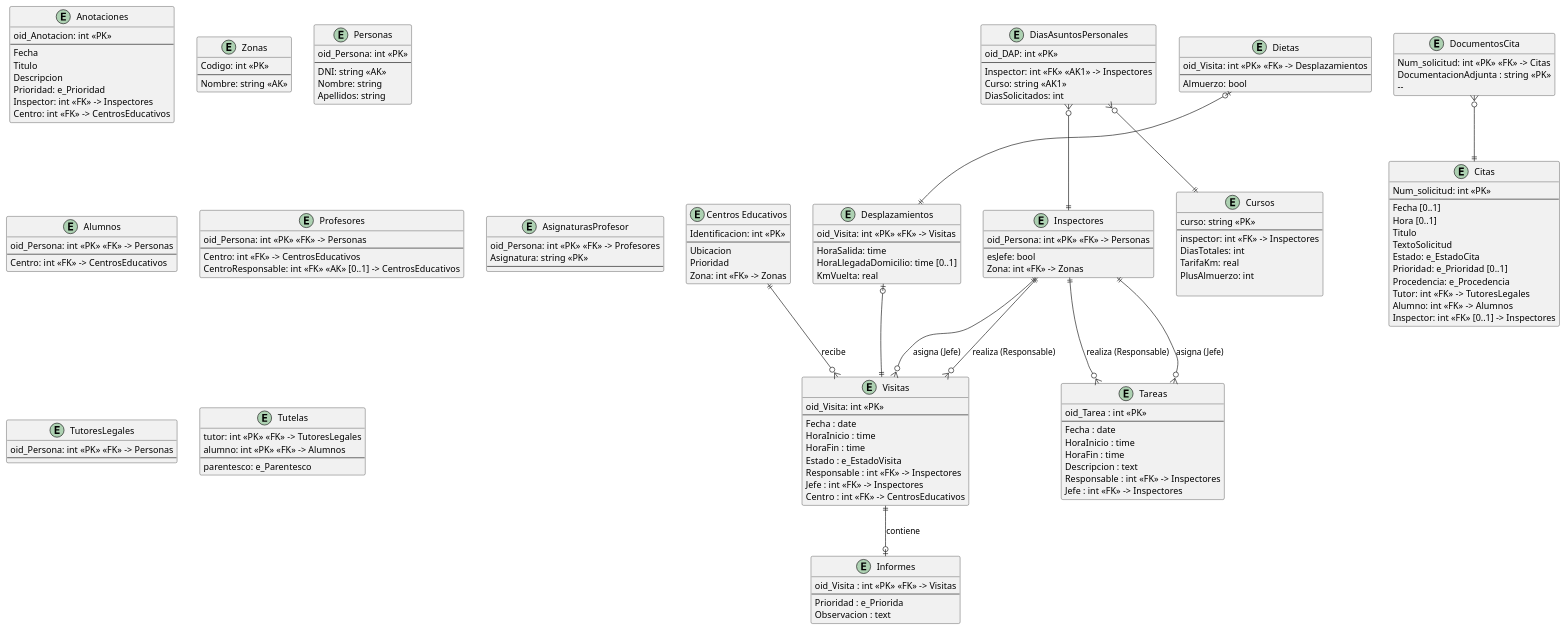
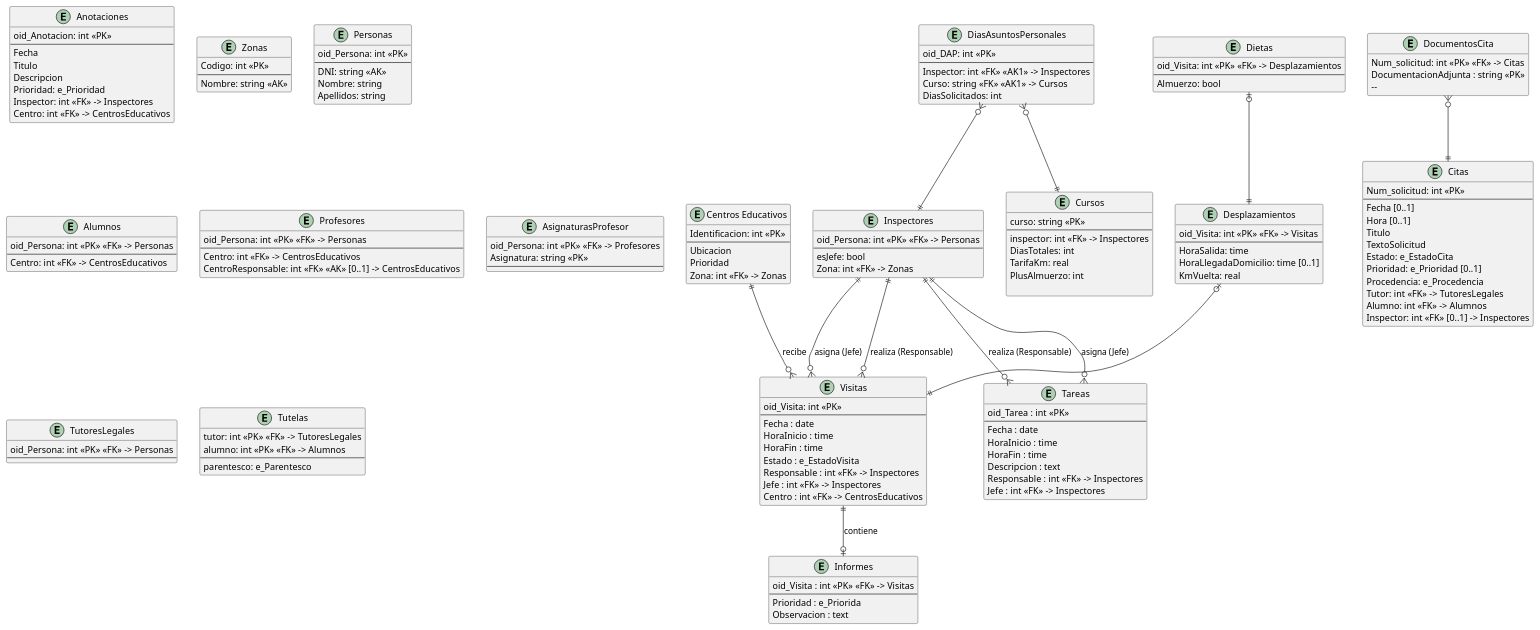
Before and after one commit to lorenzomaranon/ProyectoBD_Inspeccion_Educativa: the diagram in modelado/modelado_relacional.puml, drawn with PlantUML.

Commit message:
Señala curso como FK

```diff
--- a/modelado/modelado_relacional.puml
+++ b/modelado/modelado_relacional.puml
@@ -1,177 +1,177 @@
 @startuml modelado_relacional
 hide methods
 skinparam ClassAttributeIconSize 0
 
 
 entity "Centros Educativos" as CentrosEducativos {
     Identificacion: int <<PK>>
     --
     Ubicacion
     Prioridad
     Zona: int <<FK>> -> Zonas
 }
 
 entity DocumentosCita {
     Num_solicitud: int <<PK>> <<FK>> -> Citas
     DocumentacionAdjunta : string <<PK>>
     --   
 }
 
 entity Citas {
     Num_solicitud: int <<PK>> 
     --
     Fecha [0..1]
     Hora [0..1]
     Titulo
     TextoSolicitud
     Estado: e_EstadoCita
     Prioridad: e_Prioridad [0..1]
     Procedencia: e_Procedencia
     Tutor: int <<FK>> -> TutoresLegales
     Alumno: int <<FK>> -> Alumnos
     Inspector: int <<FK>> [0..1] -> Inspectores
 }
 
 entity Anotaciones {
     oid_Anotacion: int <<PK>>
     --
     Fecha
     Titulo
     Descripcion
     Prioridad: e_Prioridad
     Inspector: int <<FK>> -> Inspectores
     Centro: int <<FK>> -> CentrosEducativos
 }
 
 entity Visitas {
     oid_Visita: int <<PK>>
     --
     Fecha : date
     HoraInicio : time
     HoraFin : time
     Estado : e_EstadoVisita
     Responsable : int <<FK>> -> Inspectores
     Jefe : int <<FK>> -> Inspectores
     Centro : int <<FK>> -> CentrosEducativos
 }
 
 entity Informes {
     oid_Visita : int <<PK>> <<FK>> -> Visitas
     --
     Prioridad : e_Priorida
     Observacion : text
 }
 
 entity Tareas {
     oid_Tarea : int <<PK>>
     --
     Fecha : date
     HoraInicio : time
     HoraFin : time
     Descripcion : text
     Responsable : int <<FK>> -> Inspectores
     Jefe : int <<FK>> -> Inspectores
 }
 
 entity Zonas {
     Codigo: int <<PK>>
     --
     Nombre: string <<AK>>
 }
 
 entity Personas {
     oid_Persona: int <<PK>>
     --
     DNI: string <<AK>>
     Nombre: string
     Apellidos: string
 }
 
 entity Inspectores {
     oid_Persona: int <<PK>> <<FK>> -> Personas
     --
     esJefe: bool
     Zona: int <<FK>> -> Zonas
 }
 
 entity Alumnos {
     oid_Persona: int <<PK>> <<FK>> -> Personas
     --
     Centro: int <<FK>> -> CentrosEducativos
 }
 
 entity Profesores {
     oid_Persona: int <<PK>> <<FK>> -> Personas
     --
     Centro: int <<FK>> -> CentrosEducativos
     CentroResponsable: int <<FK>> <<AK>> [0..1] -> CentrosEducativos
 }
 
 entity AsignaturasProfesor {
     oid_Persona: int <<PK>> <<FK>> -> Profesores
     Asignatura: string <<PK>>
     --
 }
 
 entity TutoresLegales {
     oid_Persona: int <<PK>> <<FK>> -> Personas
     --
 }
 
 entity Tutelas {
     tutor: int <<PK>> <<FK>> -> TutoresLegales
     alumno: int <<PK>> <<FK>> -> Alumnos
     --
     parentesco: e_Parentesco
 }
 
 Inspectores ||--o{ Visitas : realiza (Responsable)
 Inspectores ||--o{ Visitas : asigna (Jefe)
 Inspectores ||--o{ Tareas : realiza (Responsable)
 Inspectores ||--o{ Tareas : asigna (Jefe)
 CentrosEducativos ||--o{ Visitas : recibe
 Visitas ||--o| Informes : contiene
 
 entity Desplazamientos {
     oid_Visita: int <<PK>> <<FK>> -> Visitas
     --
     HoraSalida: time
     HoraLlegadaDomicilio: time [0..1]
     KmVuelta: real
 }
 
 entity Dietas {
     oid_Visita: int <<PK>> <<FK>> -> Desplazamientos
     --
     Almuerzo: bool
 }
 
 Desplazamientos |o--||Visitas
 Dietas |o--||Desplazamientos
 
 entity DiasAsuntosPersonales {
     oid_DAP: int <<PK>>
     --
     Inspector: int <<FK>> <<AK1>> -> Inspectores
-    Curso: string <<AK1>>
+    Curso: string <<FK>> <<AK1>> -> Cursos
     DiasSolicitados: int
 }
 
 entity Cursos {
     curso: string <<PK>>
     --
     inspector: int <<FK>> -> Inspectores
     DiasTotales: int
     '¿Cada inspector puede contar con DAP distintos? porque sino esta FK no tiene sentido'
     TarifaKm: real
     PlusAlmuerzo: int
 
 }
 
 DiasAsuntosPersonales }o--||Cursos
 DiasAsuntosPersonales }o--||Inspectores
 
 '------- ASOCIACIONES --------------------------------------
 DocumentosCita }o--|| Citas
 
 @enduml
```
